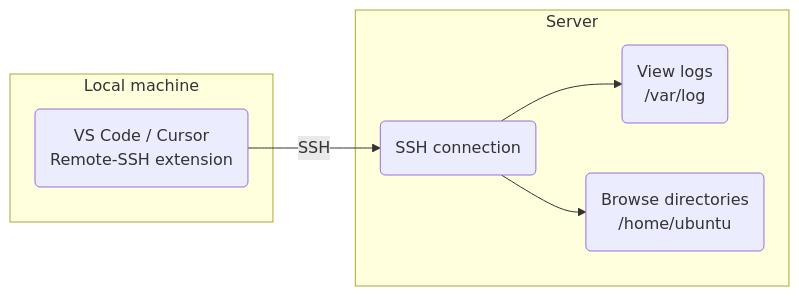
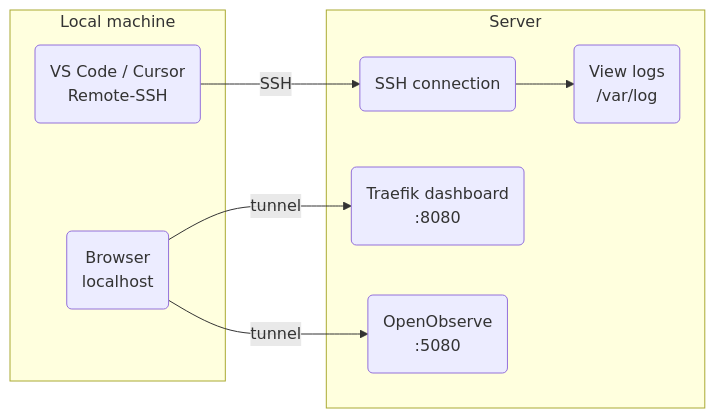
One commit to rednaw/iac changed the diagram in docs/remote-vscode.md. Above: the diagram before and after it, drawn with Mermaid. The commit also changed other lines of this file and 10 other files, not shown here.

````diff
--- a/docs/remote-vscode.md
+++ b/docs/remote-vscode.md
@@ -7,16 +7,19 @@
 ```mermaid
 flowchart LR
     subgraph LOCAL["Local machine"]
-        VSCODE(VS Code / Cursor<br/>Remote-SSH extension)
+        VSCODE(VS Code / Cursor<br/>Remote-SSH)
+        BROWSER(Browser<br/>localhost)
     end
 
     subgraph SERVER["Server"]
         SSH(SSH connection)
         LOGS(View logs<br/>/var/log)
-        DIRS(Browse directories<br/>/home/ubuntu)
+        TRAEFIK(Traefik dashboard<br/>:8080)
+        OBSERVE(OpenObserve<br/>:5080)
     end
 
     VSCODE -->|SSH| SSH
     SSH --> LOGS
-    SSH --> DIRS
+    BROWSER -->|tunnel| TRAEFIK
+    BROWSER -->|tunnel| OBSERVE
 ```
````
